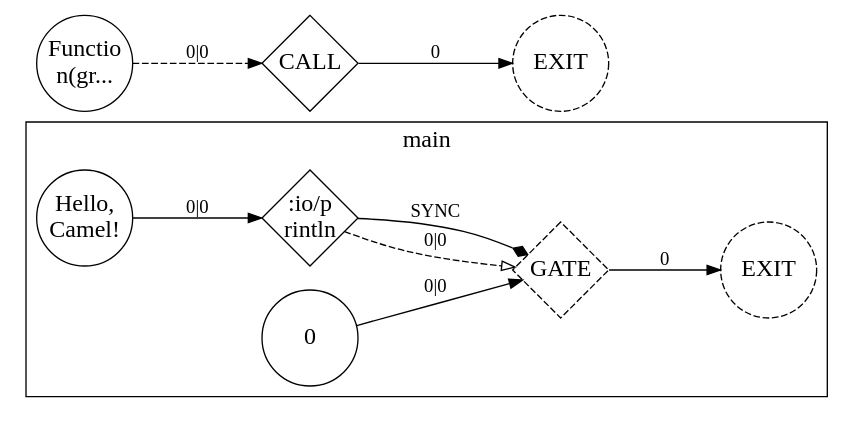
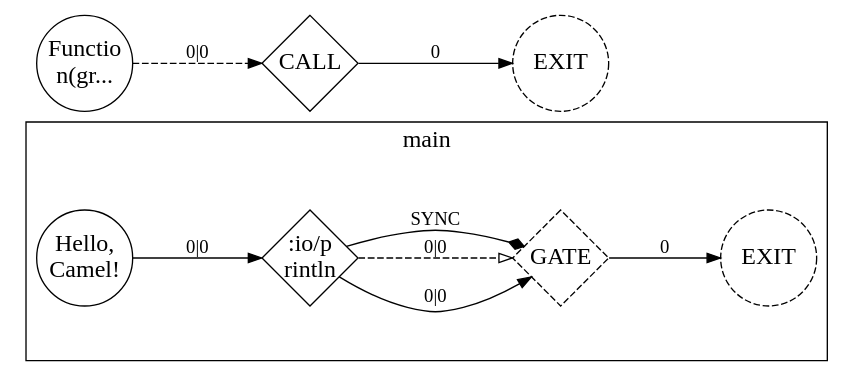
Before and after one commit to OpenCML/Camel: the diagram in docs/tutorial/images/01_hello.dot, drawn with Graphviz. The commit also changed 4045 other files, not shown here.

```diff
--- a/docs/tutorial/images/01_hello.dot
+++ b/docs/tutorial/images/01_hello.dot
@@ -1,24 +1,23 @@
 digraph GraphIR {
     graph [rankdir=LR, fontsize=18];
     node [fixedsize=true, width=1, height=1, fontsize=18];
     edge [minlen=2];
     subgraph cluster_F01 {
         label="main";
-        tooltip="() => int uses var console";
+        tooltip="() => string uses var console";
         O01 [label="EXIT", type="EXIT", style=dashed, shape=circle];
         N00 [label="Hello,\nCamel!", type="DATA", shape=circle, style=solid, value_type="string", tooltip="Hello, Camel!"];
         N01 [label=":io/p\nrintln", type="OPER", shape=diamond, style=solid, value_type="string", tooltip=":io/println"];
-        N02 [label="0", type="DATA", shape=circle, style=solid, value_type="int", tooltip="0"];
-        N03 [label="GATE", type="GATE", shape=diamond, style=dashed, value_type="int", tooltip="GATE"];
-        N03 -> O01 [label="0", type="EXIT", style=solid];
+        N02 [label="GATE", type="GATE", shape=diamond, style=dashed, value_type="string", tooltip="GATE"];
+        N02 -> O01 [label="0", type="EXIT", style=solid];
         N00 -> N01 [label="0|0", type="NORM"];
-        N02 -> N03 [label="0|0", type="NORM"];
-        N01 -> N03 [label="0|0", type="CTRL", style=dashed, arrowhead=empty];
-        N01 -> N03 [label="SYNC", type="SYNC", style=solid, arrowhead=diamond];
+        N01 -> N02 [label="0|0", type="NORM"];
+        N01 -> N02 [label="0|0", type="CTRL", style=dashed, arrowhead=empty];
+        N01 -> N02 [label="SYNC", type="SYNC", style=solid, arrowhead=diamond];
     }
     O00 [label="EXIT", type="EXIT", style=dashed, shape=circle];
-    N04 [label="Functio\nn(gr...", type="DATA", shape=circle, style=solid, value_type="() => int uses var console", tooltip="Function(graph=main, tupleSlots=0)"];
-    N05 [label="CALL", type="CALL", shape=diamond, style=solid, value_type="int", tooltip="CALL"];
-    N05 -> O00 [label="0", type="EXIT", style=solid];
-    N04 -> N05 [label="0|0", type="WITH", style=dashed];
+    N03 [label="Functio\nn(gr...", type="DATA", shape=circle, style=solid, value_type="() => string uses var console", tooltip="Function(graph=main, tupleSlots=0)"];
+    N04 [label="CALL", type="CALL", shape=diamond, style=solid, value_type="string", tooltip="CALL"];
+    N04 -> O00 [label="0", type="EXIT", style=solid];
+    N03 -> N04 [label="0|0", type="WITH", style=dashed];
 }
```
